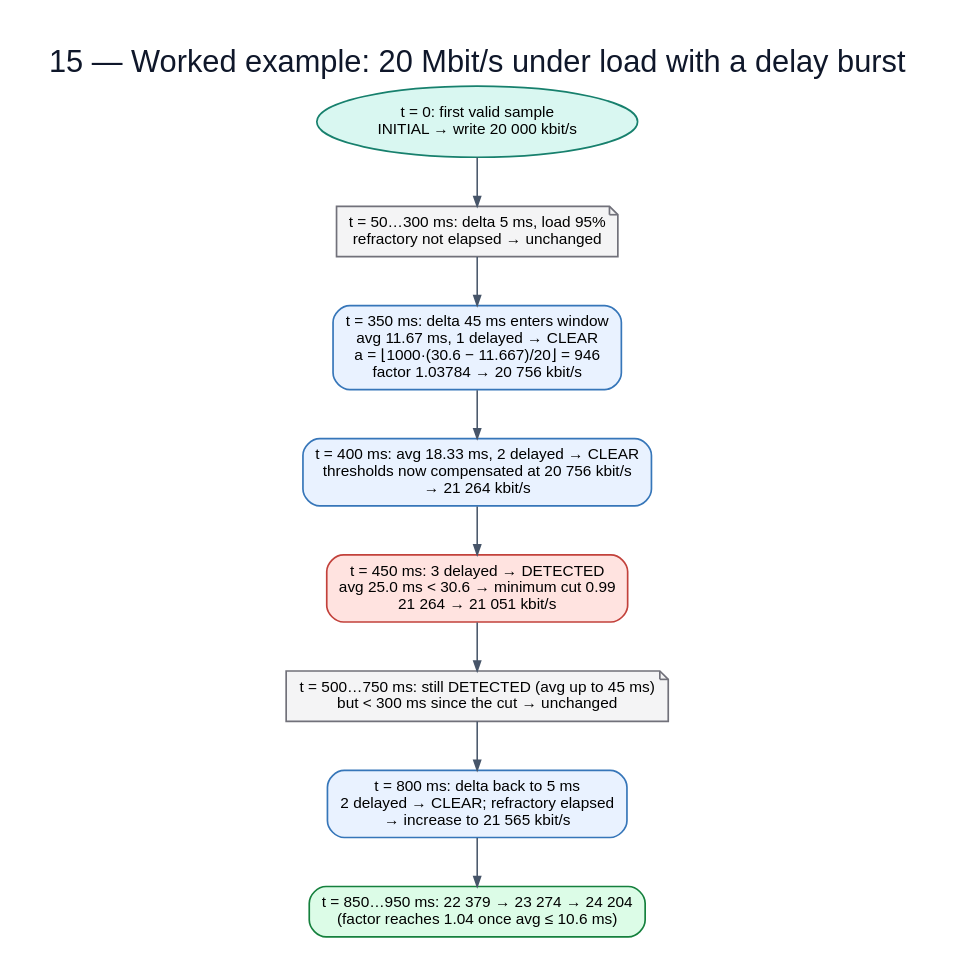
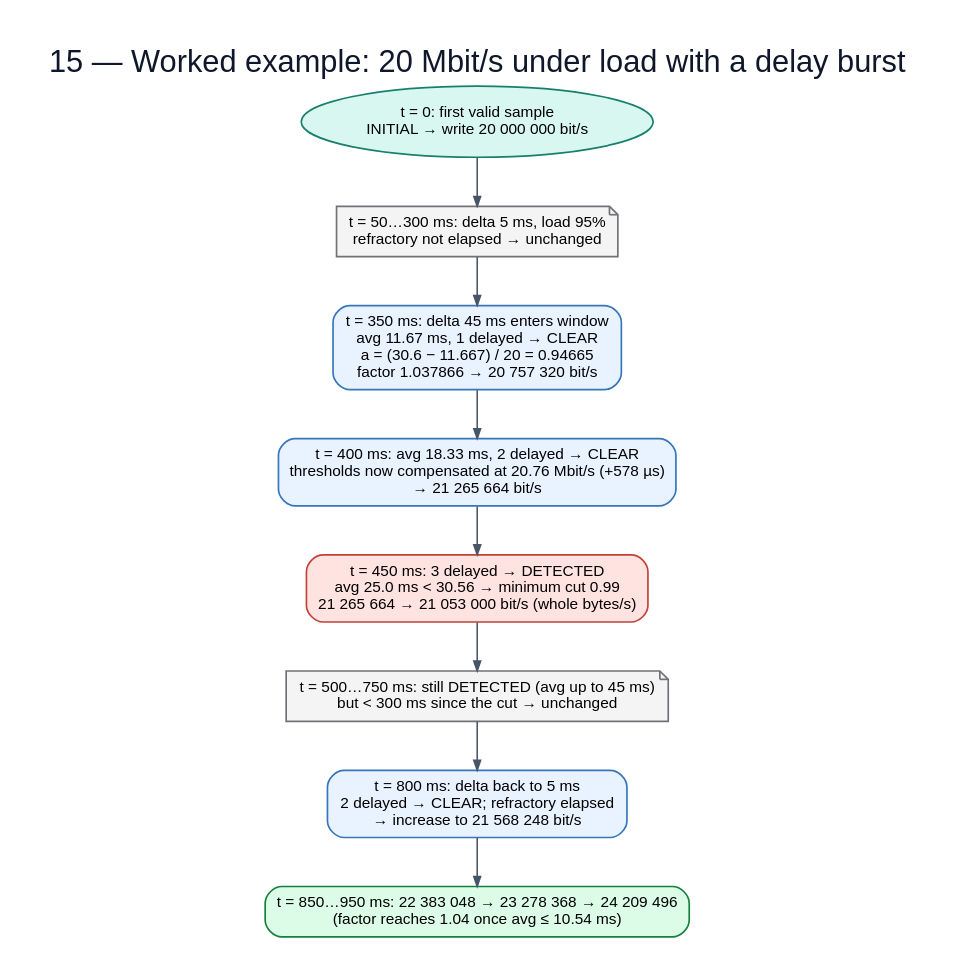
One commit to huydoan94/cake-adapt changed the diagram in flowchart/diagrams/15-worked-20mbps.dot. Above: the diagram before and after it, drawn with Graphviz. The commit also changed 6 other files, not shown here.

First line of the commit message:
flowchart: describe the base-unit controller math

```diff
--- a/flowchart/diagrams/15-worked-20mbps.dot
+++ b/flowchart/diagrams/15-worked-20mbps.dot
@@ -1,20 +1,20 @@
 digraph G {
   graph [rankdir=TB,bgcolor="white",pad="0.30",nodesep="0.35",ranksep="0.48",splines=polyline,fontname="Arial",label="15 — Worked example: 20 Mbit/s under load with a delay burst",labelloc=t,fontsize=22,fontcolor="#0f172a"];
   node [fontname="Arial",fontsize=11,margin="0.14,0.09",penwidth=1.2];
   edge [fontname="Arial",fontsize=9,color="#475569",fontcolor="#334155",arrowsize=0.7,penwidth=1.1];
-  t0 [label="t = 0: first valid sample\nINITIAL → write 20 000 kbit/s",shape=oval,style="filled",fillcolor="#d9f7f1",color="#17806d"];
+  t0 [label="t = 0: first valid sample\nINITIAL → write 20 000 000 bit/s",shape=oval,style="filled",fillcolor="#d9f7f1",color="#17806d"];
   hold [label="t = 50…300 ms: delta 5 ms, load 95%\nrefractory not elapsed → unchanged",shape=note,style="filled",fillcolor="#f4f4f5",color="#71717a"];
-  inc1 [label="t = 350 ms: delta 45 ms enters window\navg 11.67 ms, 1 delayed → CLEAR\na = ⌊1000·(30.6 − 11.667)/20⌋ = 946\nfactor 1.03784 → 20 756 kbit/s",shape=box,style="rounded,filled",fillcolor="#e9f2ff",color="#3676b9"];
-  inc2 [label="t = 400 ms: avg 18.33 ms, 2 delayed → CLEAR\nthresholds now compensated at 20 756 kbit/s\n→ 21 264 kbit/s",shape=box,style="rounded,filled",fillcolor="#e9f2ff",color="#3676b9"];
-  cut [label="t = 450 ms: 3 delayed → DETECTED\navg 25.0 ms < 30.6 → minimum cut 0.99\n21 264 → 21 051 kbit/s",shape=box,style="rounded,filled",fillcolor="#ffe3e0",color="#c2413b"];
+  inc1 [label="t = 350 ms: delta 45 ms enters window\navg 11.67 ms, 1 delayed → CLEAR\na = (30.6 − 11.667) / 20 = 0.94665\nfactor 1.037866 → 20 757 320 bit/s",shape=box,style="rounded,filled",fillcolor="#e9f2ff",color="#3676b9"];
+  inc2 [label="t = 400 ms: avg 18.33 ms, 2 delayed → CLEAR\nthresholds now compensated at 20.76 Mbit/s (+578 µs)\n→ 21 265 664 bit/s",shape=box,style="rounded,filled",fillcolor="#e9f2ff",color="#3676b9"];
+  cut [label="t = 450 ms: 3 delayed → DETECTED\navg 25.0 ms < 30.56 → minimum cut 0.99\n21 265 664 → 21 053 000 bit/s (whole bytes/s)",shape=box,style="rounded,filled",fillcolor="#ffe3e0",color="#c2413b"];
   wait [label="t = 500…750 ms: still DETECTED (avg up to 45 ms)\nbut < 300 ms since the cut → unchanged",shape=note,style="filled",fillcolor="#f4f4f5",color="#71717a"];
-  clear [label="t = 800 ms: delta back to 5 ms\n2 delayed → CLEAR; refractory elapsed\n→ increase to 21 565 kbit/s",shape=box,style="rounded,filled",fillcolor="#e9f2ff",color="#3676b9"];
-  climb [label="t = 850…950 ms: 22 379 → 23 274 → 24 204\n(factor reaches 1.04 once avg ≤ 10.6 ms)",shape=box,style="rounded,filled,bold",fillcolor="#dcfce7",color="#15803d"];
+  clear [label="t = 800 ms: delta back to 5 ms\n2 delayed → CLEAR; refractory elapsed\n→ increase to 21 568 248 bit/s",shape=box,style="rounded,filled",fillcolor="#e9f2ff",color="#3676b9"];
+  climb [label="t = 850…950 ms: 22 383 048 → 23 278 368 → 24 209 496\n(factor reaches 1.04 once avg ≤ 10.54 ms)",shape=box,style="rounded,filled,bold",fillcolor="#dcfce7",color="#15803d"];
   t0 -> hold;
   hold -> inc1;
   inc1 -> inc2;
   inc2 -> cut;
   cut -> wait;
   wait -> clear;
   clear -> climb;
 }
```
